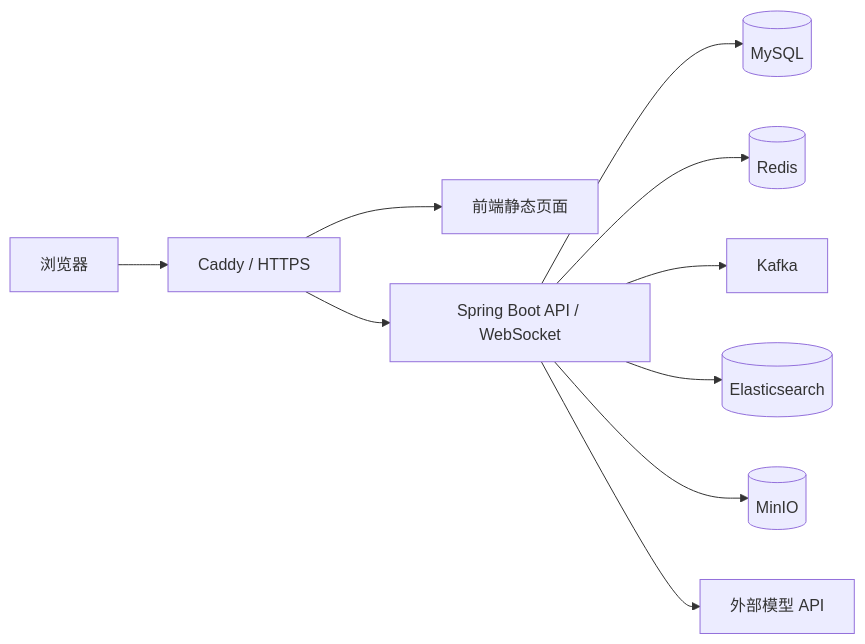
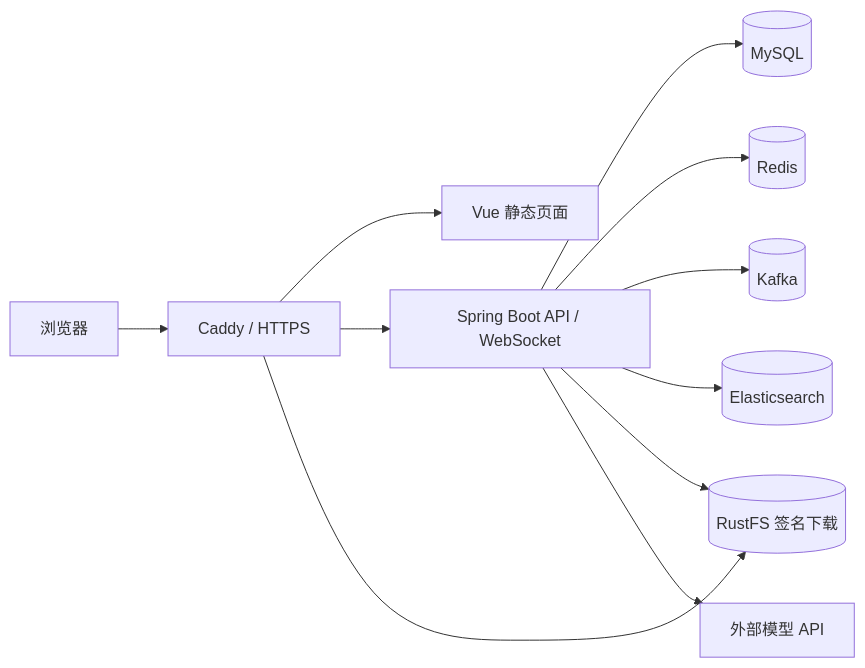
The diagram in docs/cloud-deployment-plan.md (jym001-bit/KnowGround), drawn with Mermaid before and after one commit. The commit also changed other lines of this file and 17 other files, not shown here.

````diff
--- a/docs/cloud-deployment-plan.md
+++ b/docs/cloud-deployment-plan.md
@@ -19,12 +15,13 @@
 ```mermaid
 flowchart LR
-    WEB[浏览器] --> TLS[Caddy / HTTPS]
-    TLS --> UI[前端静态页面]
-    TLS --> API[Spring Boot API / WebSocket]
-    API --> SQL[(MySQL)]
-    API --> CACHE[(Redis)]
-    API --> MQ[Kafka]
-    API --> SEARCH[(Elasticsearch)]
-    API --> FILES[(MinIO)]
-    API --> MODELS[外部模型 API]
+    Browser[浏览器] --> Caddy[Caddy / HTTPS]
+    Caddy --> Frontend[Vue 静态页面]
+    Caddy --> API[Spring Boot API / WebSocket]
+    Caddy --> Files[(RustFS 签名下载)]
+    API --> MySQL[(MySQL)]
+    API --> Redis[(Redis)]
+    API --> Kafka[(Kafka)]
+    API --> ES[(Elasticsearch)]
+    API --> Files
+    API --> Models[外部模型 API]
 ```
````
